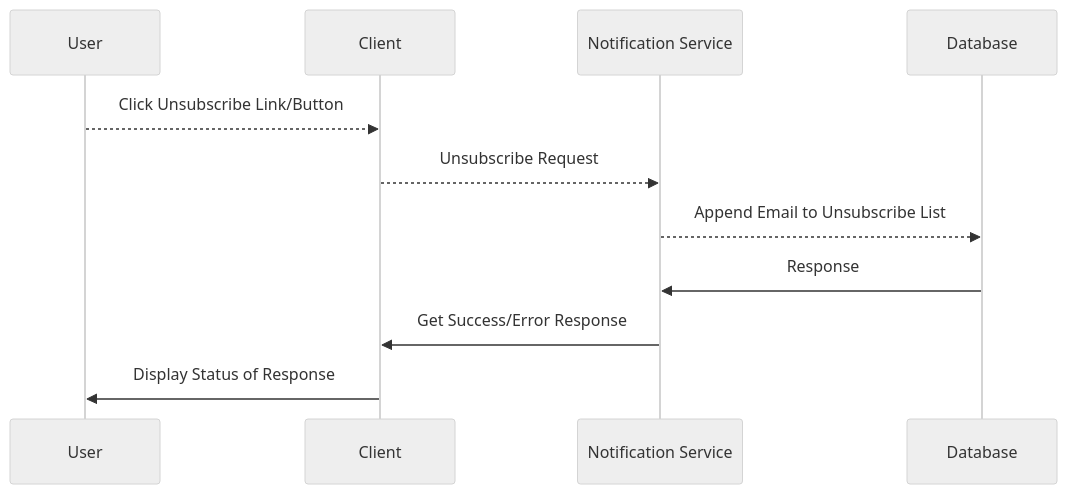
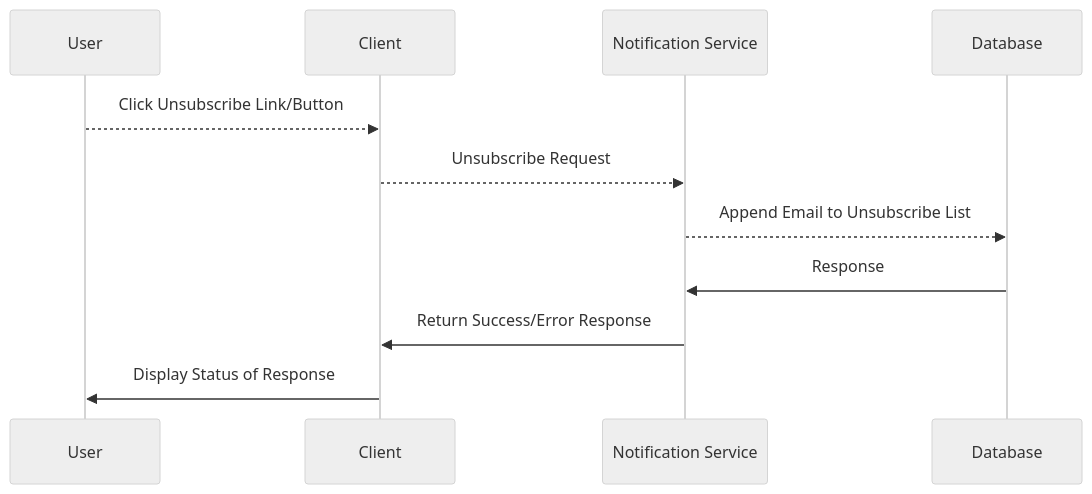
One commit to c2c-project/prytaneum-notifications changed the third of 4 diagrams in docs/NotificationService.md. Above: the diagram before and after it, drawn with Mermaid (neutral theme). The commit also changed other lines of this file and 2 other files, not shown here.

````diff
--- a/docs/NotificationService.md
+++ b/docs/NotificationService.md
@@ -71,13 +50,13 @@
 ```mermaid
 sequenceDiagram
   participant U as User
   participant C as Client
   participant NS as Notification Service
   participant DB as Database
   U-->>C: Click Unsubscribe Link/Button
   C-->>NS: Unsubscribe Request
   NS-->>DB: Append Email to Unsubscribe List
   DB->>NS: Response
-  NS->>C: Get Success/Error Response
+  NS->>C: Return Success/Error Response
   C->>U: Display Status of Response
 ```
````
